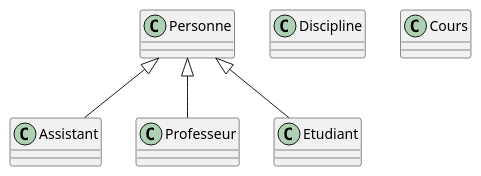
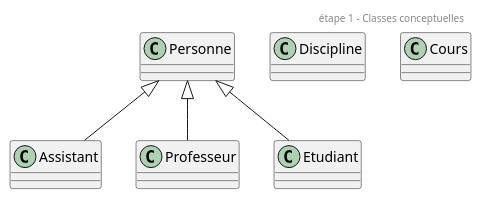
One commit to pdl-classroom/uml-classe-haute-ecole-corrige changed the diagram in uml/01-classes-conceptuelles.puml. Above: the diagram before and after it, drawn with PlantUML. The commit also changed 1 other file, not shown here.

Commit message:
step 1 format header

```diff
--- a/uml/01-classes-conceptuelles.puml
+++ b/uml/01-classes-conceptuelles.puml
@@ -1,12 +1,13 @@
-@startuml step1
+@startuml Classes conceptuelles
+header étape 1 - Classes conceptuelles
 class Personne
 class Assistant
 class Professeur
 class Etudiant
 class Discipline
 class Cours
 
 Personne <|-- Assistant
 Personne <|-- Professeur
 Personne <|-- Etudiant
 @enduml
```
